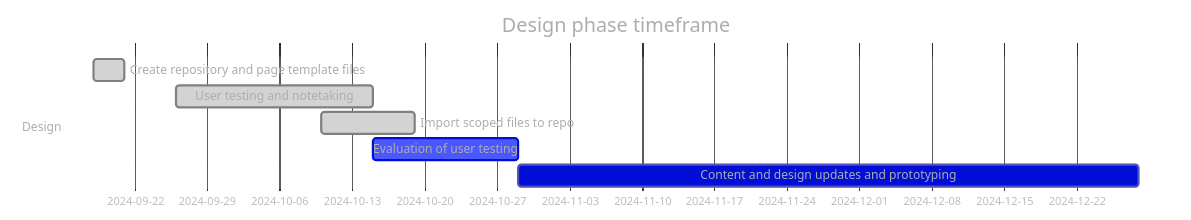
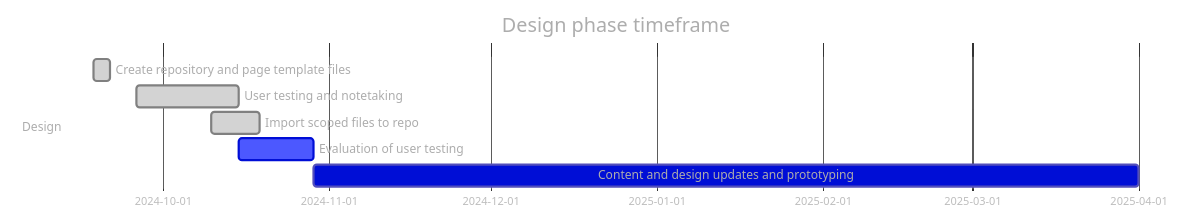
One commit to cra-proto/gst-hst-business changed the first of 2 diagrams in README.md. Above: the diagram before and after it, drawn with Mermaid. The commit also changed other lines of this file, not shown here.

````diff
--- a/README.md
+++ b/README.md
@@ -35,34 +56,34 @@
 ```mermaid
 %%{
   init: {
     'darkMode': false, 
     'theme': 'base',
     'themeVariables': {
       'lineColor': '#F8B229', 
       'textColor': '#ADADAD', 
       'primaryColor': '#000ED6', 
       'primaryBorderColor': '#534FBC', 
       'primaryTextColor': '#ADADAD', 
       'secondaryColor': '#850000',
       'secondaryTextColor': '#ADADAD', 
       'tertiaryColor': '#FFFFFF',  
       'tertiaryTextColor': '#ADADAD'
     }
   }
 }%%
 
 %% https://mermaid.js.org/config/directives.html#declaring-directives)](https://mermaid.js.org/config/directives.html#declaring-directives
 %% https://mermaid.js.org/config/schema-docs/config-defs-gantt-diagram-config.html#toppadding
 
 %% color theme need opened with the high contrast light theme.
 gantt
     title Design phase timeframe
     dateFormat  YYYY-MM-DD
     section Design
     Create repository and page template files :done, a1, 2024-09-18, 3d
     User testing and notetaking :done, b1, 2024-09-26, 19d
     Import scoped files to repo :done, a2, 2024-10-10, 9d
     Evaluation of user testing :active, b2, after b1, 14d
-    Content and design updates and prototyping :after b2, 60d
+    Content and design updates and prototyping :after b2, 154d
 
 ```
````
